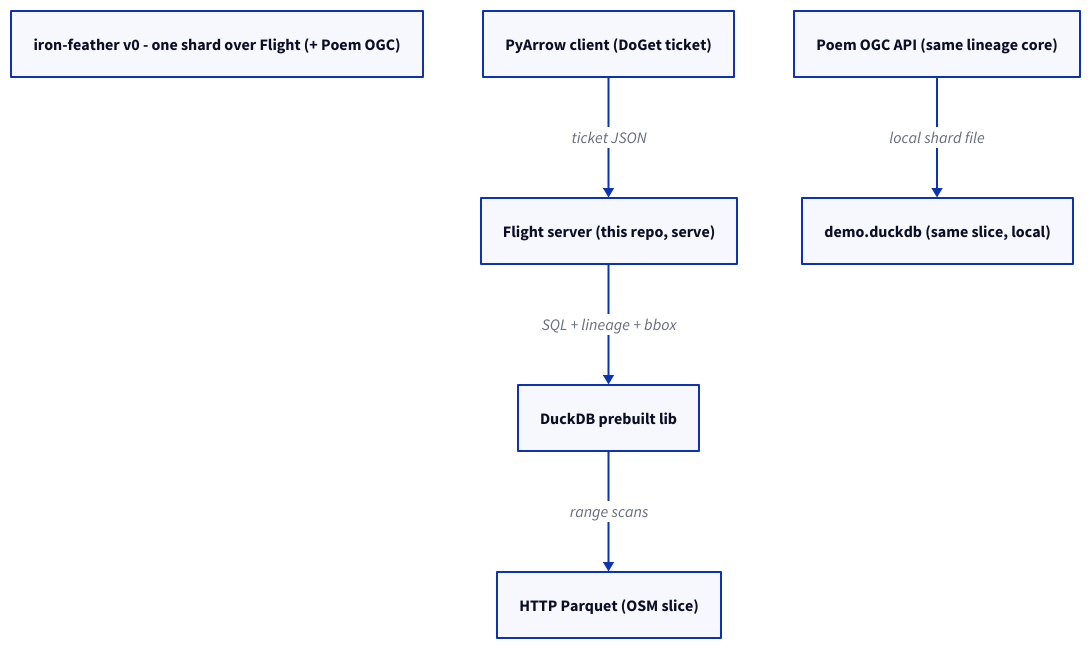
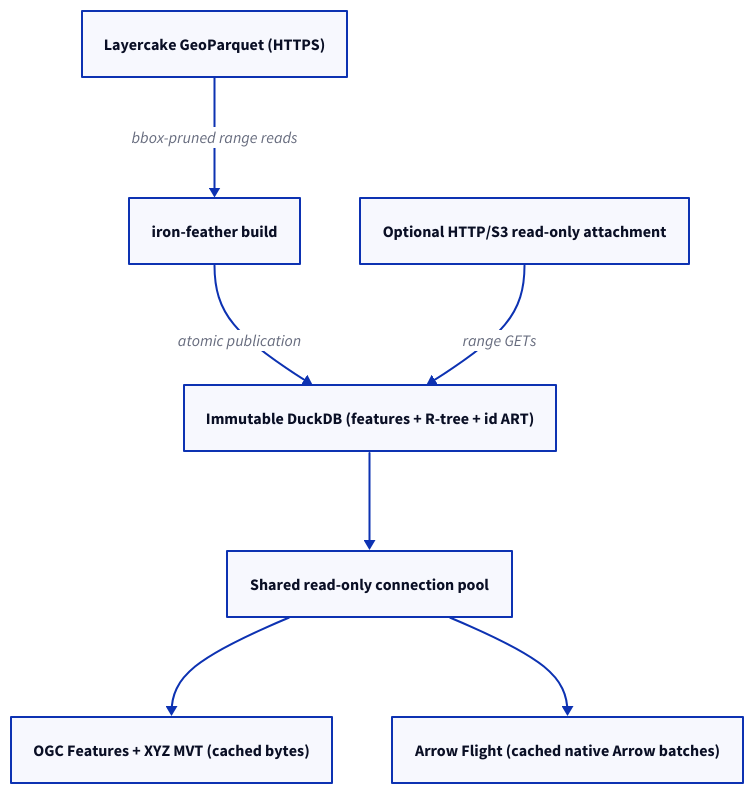
Before and after one commit to adonm/iron-feather: the diagram in docs/arch.d2, drawn with D2. The commit also changed 23 other files, not shown here.

First line of the commit message:
Simplify to one-shard build/serve with remote attach and S3 benchmark docs

```diff
--- a/docs/arch.d2
+++ b/docs/arch.d2
@@ -1,14 +1,15 @@
 direction: down
-title: iron-feather v0 - one shard over Flight (+ Poem OGC)
+source: Layercake GeoParquet (HTTPS)
+build: iron-feather build
+shard: Immutable DuckDB (features + R-tree + id ART)
+remote: Optional HTTP/S3 read-only attachment
+pool: Shared read-only connection pool
+http: OGC Features + XYZ MVT (cached bytes)
+flight: Arrow Flight (cached native Arrow batches)
 
-client: PyArrow client (DoGet ticket)
-flight: Flight server (this repo, serve)
-duckdb: DuckDB prebuilt lib
-http: HTTP Parquet (OSM slice)
-poem: Poem OGC API (same lineage core)
-demo: demo.duckdb (same slice, local)
-
-client -> flight: ticket JSON
-flight -> duckdb: SQL + lineage + bbox
-duckdb -> http: range scans
-poem -> demo: local shard file
+source -> build: bbox-pruned range reads
+build -> shard: atomic publication
+shard -> pool
+remote -> shard: range GETs
+pool -> http
+pool -> flight
```
